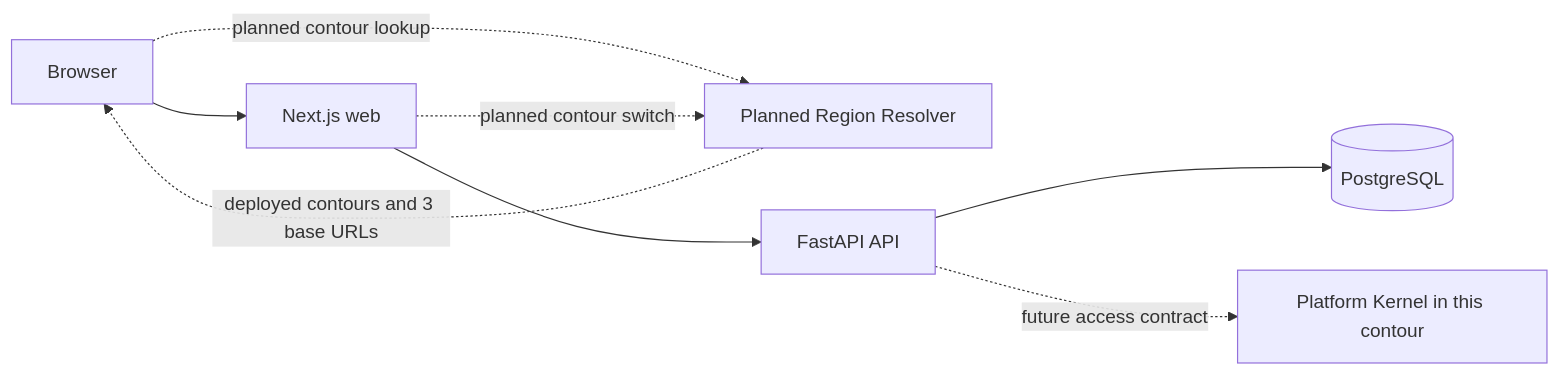
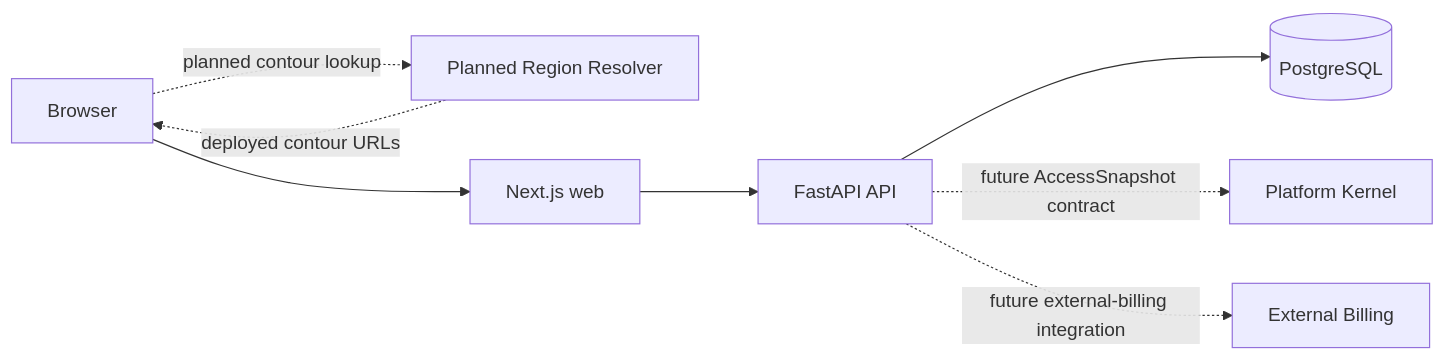
Before and after one commit to gushinets/payments-portal: the diagram in ARCHITECTURE.md, drawn with Mermaid. The commit also changed other lines of this file and 196 other files, not shown here.

First line of the commit message:
ANY-522 - Establish clean external billing persistence baseline (#119)

````diff
--- a/ARCHITECTURE.md
+++ b/ARCHITECTURE.md
@@ -25,10 +19,10 @@
 ```mermaid
 flowchart LR
   Browser -. "planned contour lookup" .-> Resolver["Planned Region Resolver"]
-  Resolver -. "deployed contours and 3 base URLs" .-> Browser
+  Resolver -. "deployed contour URLs" .-> Browser
   Browser --> Web["Next.js web"]
   Web --> API["FastAPI API"]
   API --> DB[("PostgreSQL")]
-  API -. "future access contract" .-> PK["Platform Kernel in this contour"]
-  Web -. "planned contour switch" .-> Resolver
+  API -. "future AccessSnapshot contract" .-> Kernel["Platform Kernel"]
+  API -. "future external-billing integration" .-> Billing["External Billing"]
 ```
````
